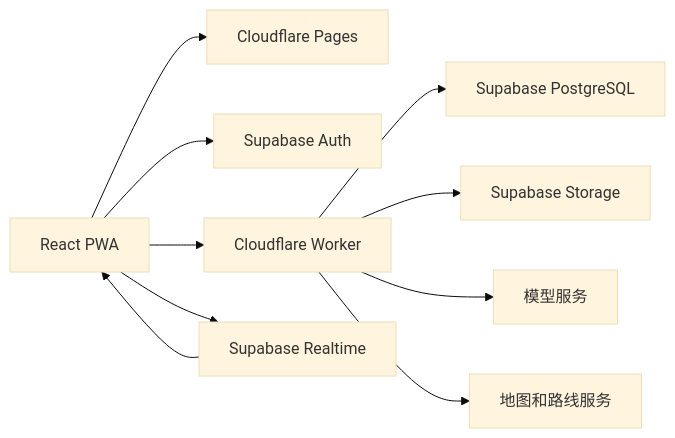
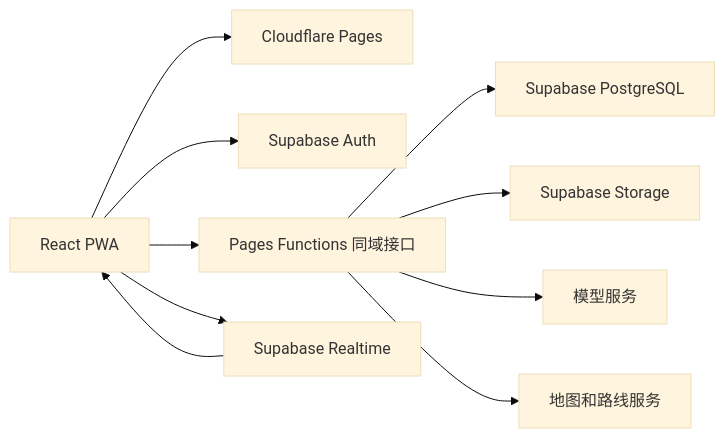
One commit to pear279/China-Stroll changed the ninth of 9 diagrams in references/迭代版.md. Above: the diagram before and after it, drawn with Mermaid (base theme). The commit also changed other lines of this file and 12 other files, not shown here.

Commit message:
Move API behind Pages Functions

````diff
--- a/references/迭代版.md
+++ b/references/迭代版.md
@@ -835,12 +837,12 @@
 ```mermaid
 flowchart LR
   PWA[React PWA] --> Pages[Cloudflare Pages]
   PWA --> Auth[Supabase Auth]
-  PWA --> Worker[Cloudflare Worker]
+  PWA --> Functions[Pages Functions 同域接口]
   PWA --> Realtime[Supabase Realtime]
-  Worker --> DB[Supabase PostgreSQL]
-  Worker --> Storage[Supabase Storage]
-  Worker --> AI[模型服务]
-  Worker --> Maps[地图和路线服务]
+  Functions --> DB[Supabase PostgreSQL]
+  Functions --> Storage[Supabase Storage]
+  Functions --> AI[模型服务]
+  Functions --> Maps[地图和路线服务]
   Realtime --> PWA
 ```
````
